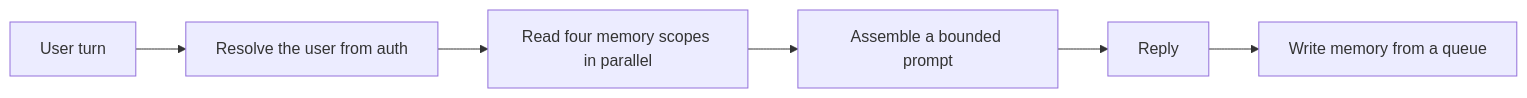
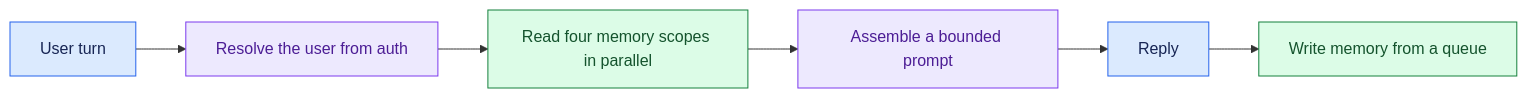
The diagram in site/case-pages/personal-assistant-with-memory/introduction.md (Sourav692/Forward-Deployed-Engineer-Interview-Prep), drawn with Mermaid before and after one commit. The commit also changed other lines of this file and 1268 other files, not shown here.

First line of the commit message:
content: polish Casebook writing and Mermaid diagrams (#251)

````diff
--- a/site/case-pages/personal-assistant-with-memory/introduction.md
+++ b/site/case-pages/personal-assistant-with-memory/introduction.md
@@ -15,8 +17,16 @@
 ```mermaid
 flowchart LR
   A[User turn] --> B[Resolve the user from auth]
   B --> C[Read four memory scopes in parallel]
   C --> D[Assemble a bounded prompt]
   D --> E[Reply]
   E --> F[Write memory from a queue]
+
+    %% Casebook colours: entry, reasoning, results, controls, and stopped paths.
+    classDef cbInput fill:#dbeafe,stroke:#2563eb,color:#172554
+    class A,E cbInput
+    classDef cbReason fill:#ede9fe,stroke:#7c3aed,color:#4c1d95
+    class B,D cbReason
+    classDef cbAction fill:#dcfce7,stroke:#15803d,color:#14532d
+    class C,F cbAction
 ```
````
